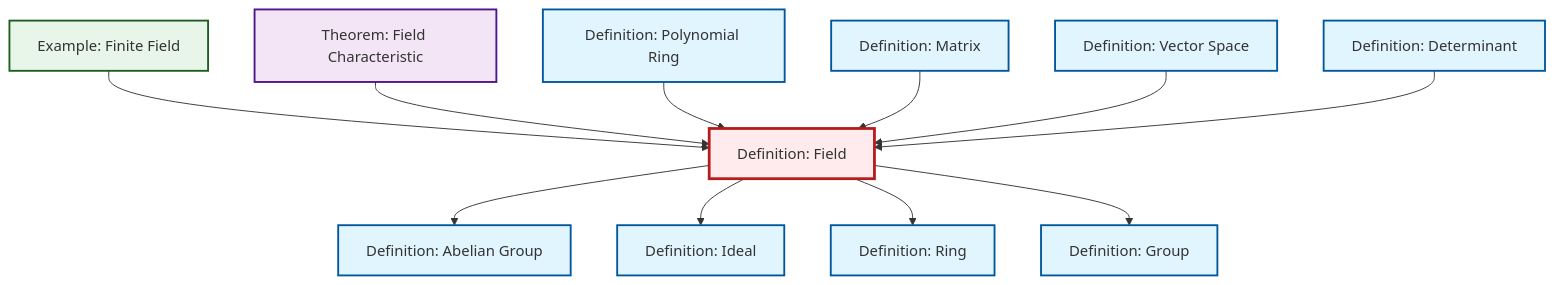
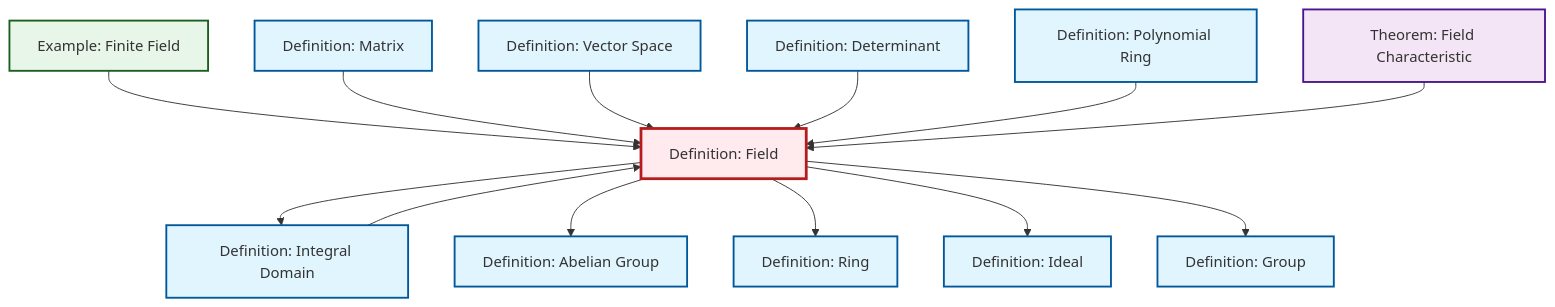
The diagram in content/en/algebra/def-field.qmd (RK0429/ModernMath), drawn with Mermaid before and after one commit. The commit also changed other lines of this file and 597 other files, not shown here.

````diff
--- a/content/en/algebra/def-field.qmd
+++ b/content/en/algebra/def-field.qmd
@@ -55,41 +56,45 @@
 ```{mermaid}
 %%| fig-cap: "Local dependency graph"
 graph TD
     classDef definition fill:#e1f5fe,stroke:#01579b,stroke-width:2px
     classDef theorem fill:#f3e5f5,stroke:#4a148c,stroke-width:2px
     classDef axiom fill:#fff3e0,stroke:#e65100,stroke-width:2px
     classDef example fill:#e8f5e9,stroke:#1b5e20,stroke-width:2px
     classDef current fill:#ffebee,stroke:#b71c1c,stroke-width:3px
+    ex-finite-field["Example: Finite Field"]:::example
+    def-integral-domain["Definition: Integral Domain"]:::definition
+    thm-field-characteristic["Theorem: Field Characteristic"]:::theorem
+    def-polynomial-ring["Definition: Polynomial Ring"]:::definition
+    def-ideal["Definition: Ideal"]:::definition
     def-vector-space["Definition: Vector Space"]:::definition
     def-matrix["Definition: Matrix"]:::definition
+    def-field["Definition: Field"]:::definition
     def-ring["Definition: Ring"]:::definition
     def-determinant["Definition: Determinant"]:::definition
-    ex-finite-field["Example: Finite Field"]:::example
-    def-polynomial-ring["Definition: Polynomial Ring"]:::definition
-    def-ideal["Definition: Ideal"]:::definition
     def-abelian-group["Definition: Abelian Group"]:::definition
     def-group["Definition: Group"]:::definition
-    thm-field-characteristic["Theorem: Field Characteristic"]:::theorem
-    def-field["Definition: Field"]:::definition
+    def-field --> def-integral-domain
     def-field --> def-abelian-group
     ex-finite-field --> def-field
-    thm-field-characteristic --> def-field
-    def-polynomial-ring --> def-field
-    def-field --> def-ideal
     def-matrix --> def-field
     def-vector-space --> def-field
+    def-integral-domain --> def-field
     def-determinant --> def-field
+    def-polynomial-ring --> def-field
     def-field --> def-ring
+    def-field --> def-ideal
     def-field --> def-group
+    thm-field-characteristic --> def-field
     class def-field current
+    click ex-finite-field "ex-finite-field.html" "Go to Finite Field example"
+    click def-integral-domain "def-integral-domain.html" "Go to Integral Domain definition"
+    click thm-field-characteristic "thm-field-characteristic.html" "Go to Field Characteristic theorem"
+    click def-polynomial-ring "def-polynomial-ring.html" "Go to Polynomial Ring definition"
+    click def-ideal "def-ideal.html" "Go to Ideal definition"
     click def-vector-space "def-vector-space.html" "Go to Vector Space definition"
     click def-matrix "def-matrix.html" "Go to Matrix definition"
     click def-ring "def-ring.html" "Go to Ring definition"
     click def-determinant "def-determinant.html" "Go to Determinant definition"
-    click ex-finite-field "ex-finite-field.html" "Go to Finite Field example"
-    click def-polynomial-ring "def-polynomial-ring.html" "Go to Polynomial Ring definition"
-    click def-ideal "def-ideal.html" "Go to Ideal definition"
     click def-abelian-group "def-abelian-group.html" "Go to Abelian Group definition"
     click def-group "def-group.html" "Go to Group definition"
-    click thm-field-characteristic "thm-field-characteristic.html" "Go to Field Characteristic theorem"
 ```
````
